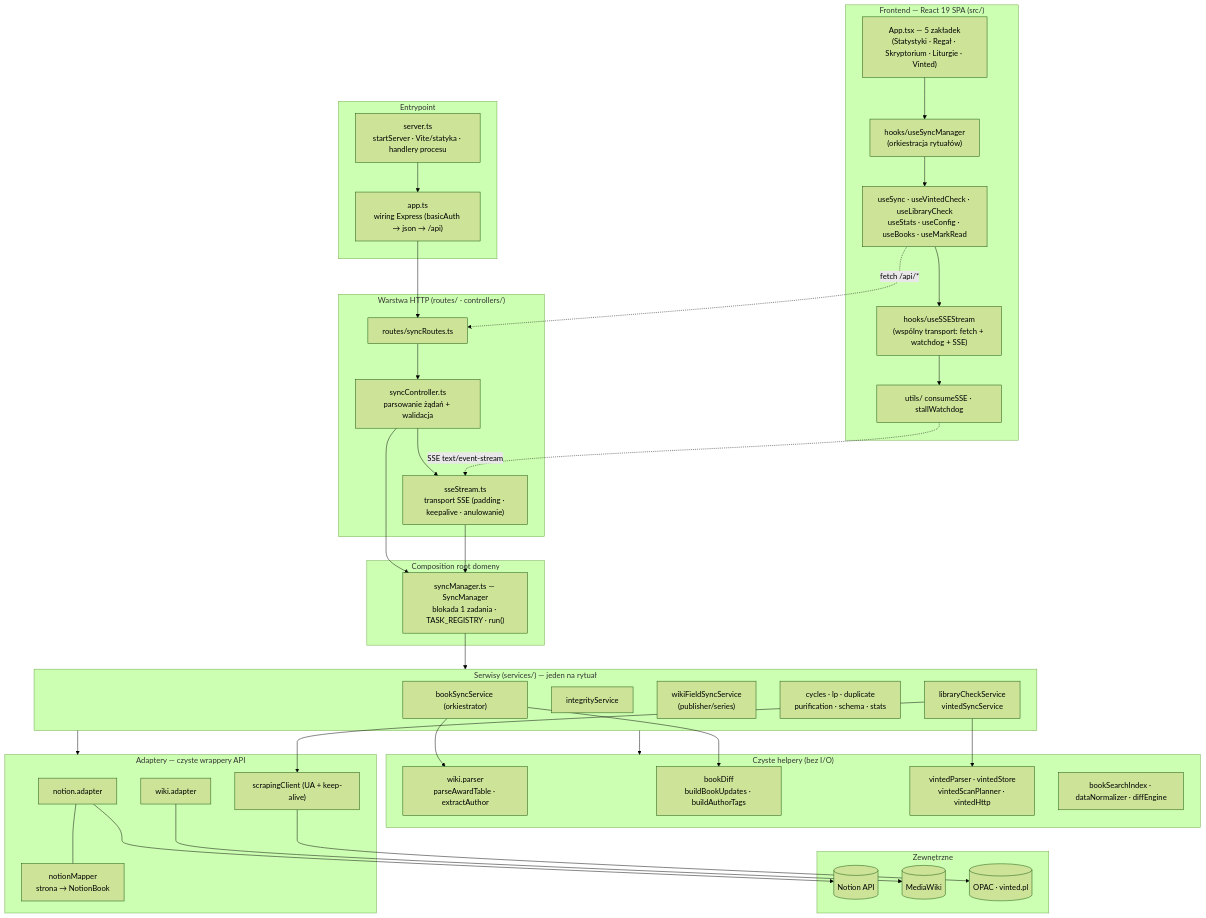
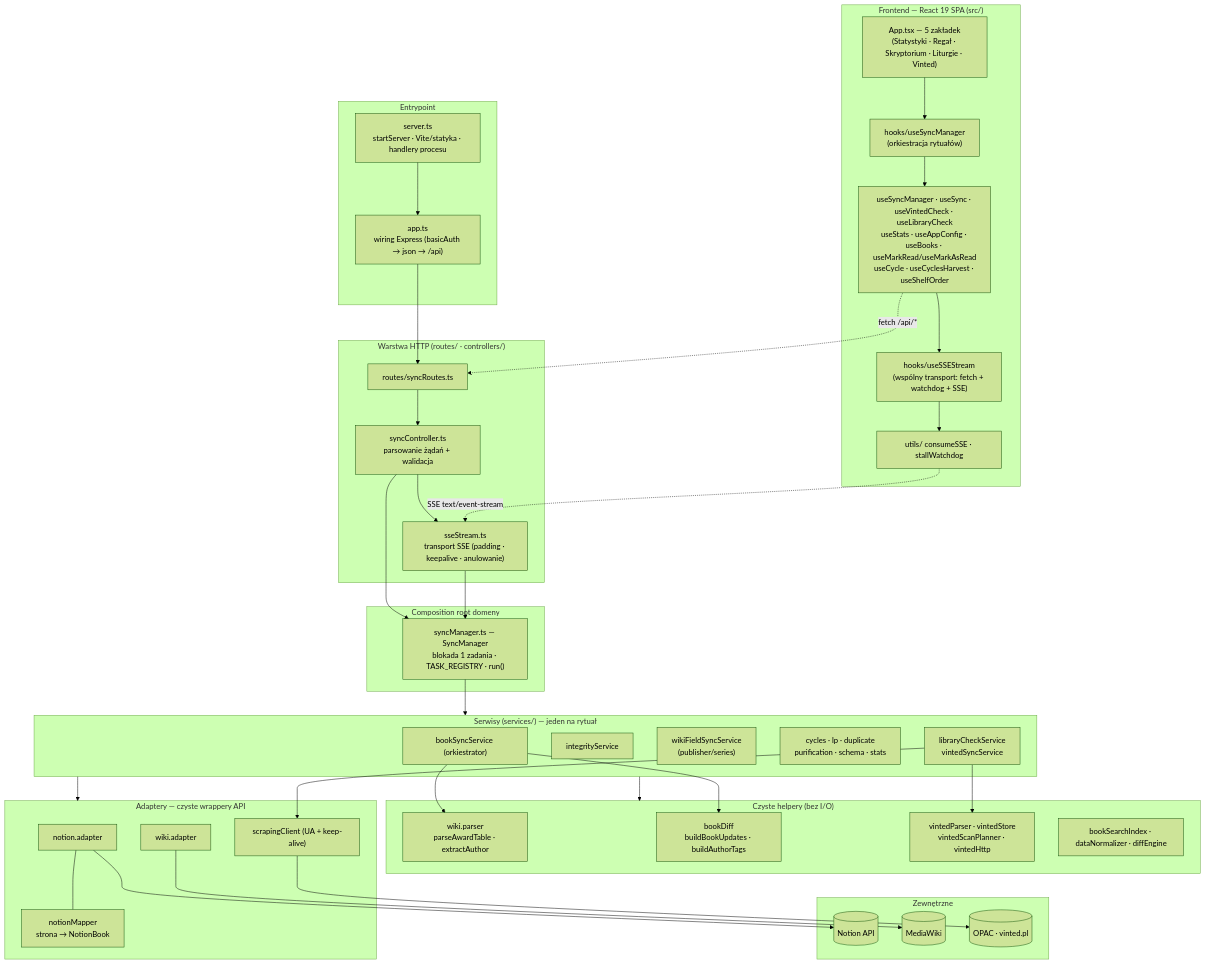
Before and after one commit to rembednarczyk/CogitatorOmnissiah: the diagram in README.md, drawn with Mermaid (forest theme). The commit also changed other lines of this file and 5 other files, not shown here.

First line of the commit message:
docs: sync foundations after cycles-rows/config features (audit A) (#230)

````diff
--- a/README.md
+++ b/README.md
@@ -59,72 +62,72 @@
 ```mermaid
 flowchart TB
     subgraph FE["Frontend — React 19 SPA (src/)"]
         App["App.tsx — 5 zakładek<br/>(Statystyki · Regał · Skryptorium · Liturgie · Vinted)"]
         USM["hooks/useSyncManager<br/>(orkiestracja rytuałów)"]
-        Hooks["useSync · useVintedCheck · useLibraryCheck<br/>useStats · useConfig · useBooks · useMarkRead"]
+        Hooks["useSyncManager · useSync · useVintedCheck · useLibraryCheck<br/>useStats · useAppConfig · useBooks · useMarkRead/useMarkAsRead<br/>useCycle · useCyclesHarvest · useShelfOrder"]
         Stream["hooks/useSSEStream<br/>(wspólny transport: fetch + watchdog + SSE)"]
         SSEc["utils/ consumeSSE · stallWatchdog"]
         App --> USM --> Hooks --> Stream --> SSEc
     end
 
     subgraph EP["Entrypoint"]
         Srv["server.ts<br/>startServer · Vite/statyka · handlery procesu"]
         AppTs["app.ts<br/>wiring Express (basicAuth → json → /api)"]
         Srv --> AppTs
     end
 
     subgraph HTTP["Warstwa HTTP (routes/ · controllers/)"]
         Routes["routes/syncRoutes.ts"]
         Ctrl["syncController.ts<br/>parsowanie żądań + walidacja"]
         SSEs["sseStream.ts<br/>transport SSE (padding · keepalive · anulowanie)"]
         Routes --> Ctrl --> SSEs
     end
 
     subgraph DOM["Composition root domeny"]
         SM["syncManager.ts — SyncManager<br/>blokada 1 zadania · TASK_REGISTRY · run()"]
     end
 
     subgraph SVC["Serwisy (services/) — jeden na rytuał"]
         Book["bookSyncService (orkiestrator)"]
         Integ["integrityService"]
         WField["wikiFieldSyncService<br/>(publisher/series)"]
         Rest["cycles · lp · duplicate<br/>purification · schema · stats"]
         Scan["libraryCheckService<br/>vintedSyncService"]
     end
 
     subgraph PURE["Czyste helpery (bez I/O)"]
         WP["wiki.parser<br/>parseAwardTable · extractAuthor"]
         BD["bookDiff<br/>buildBookUpdates · buildAuthorTags"]
         VP["vintedParser · vintedStore<br/>vintedScanPlanner · vintedHttp"]
         BSI["bookSearchIndex · dataNormalizer · diffEngine"]
     end
 
     subgraph ADP["Adaptery — czyste wrappery API"]
         NA["notion.adapter"]
         NM["notionMapper<br/>strona → NotionBook"]
         WA["wiki.adapter"]
         SC["scrapingClient (UA + keep-alive)"]
         NA --- NM
     end
 
     subgraph EXT["Zewnętrzne"]
         NAPI[("Notion API")]
         MW[("MediaWiki")]
         HTMLp[("OPAC · vinted.pl")]
     end
 
     SSEc -. "SSE text/event-stream" .-> SSEs
     Hooks -. "fetch /api/*" .-> Routes
     AppTs --> Routes
     Ctrl --> SM
     SSEs --> SM
     SM --> SVC
     Book --> WP
     Book --> BD
     Scan --> VP
     SVC --> ADP
     SVC --> PURE
     NA --> NAPI
     WA --> MW
     Scan --> SC --> HTMLp
 ```
````
